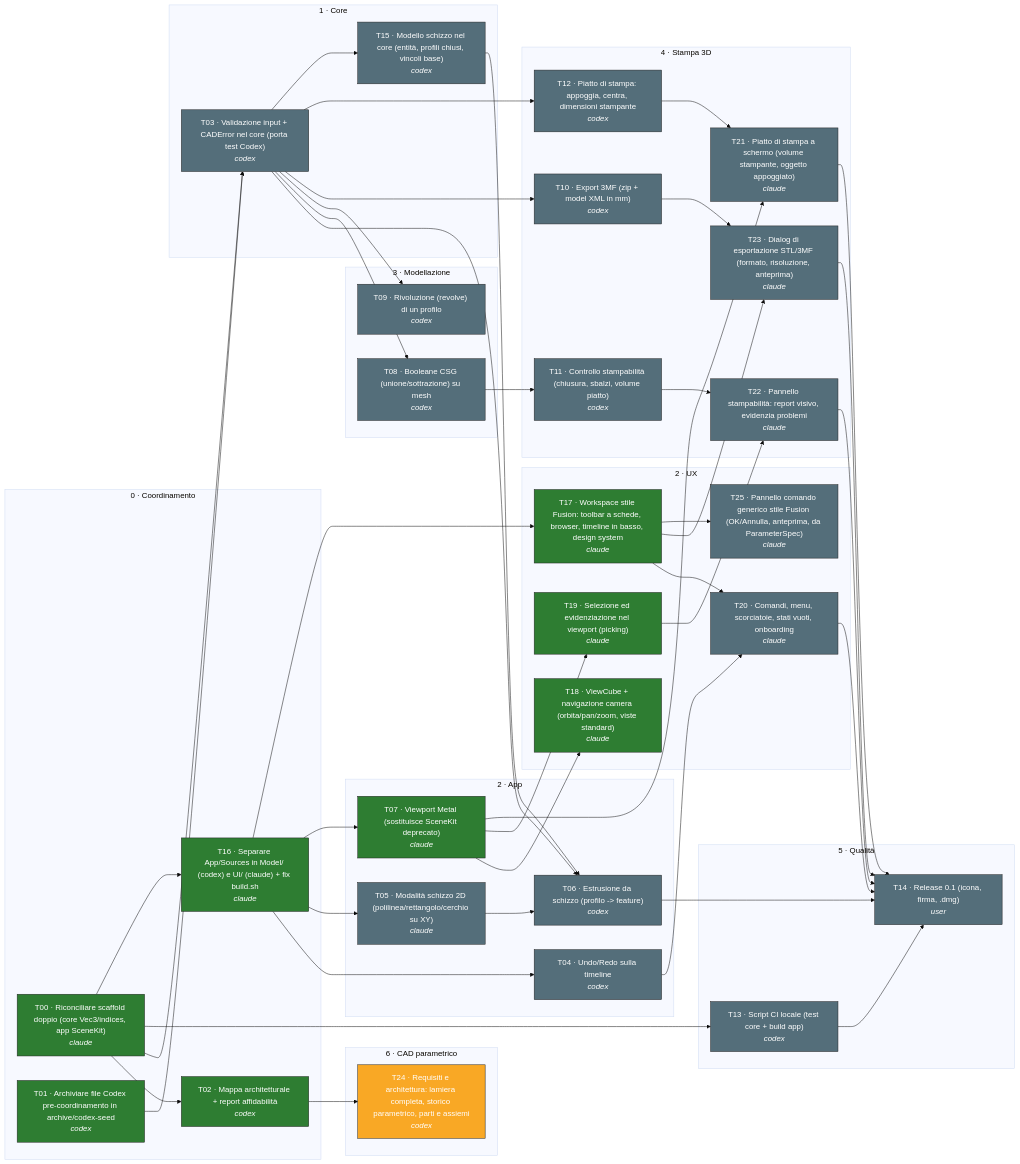
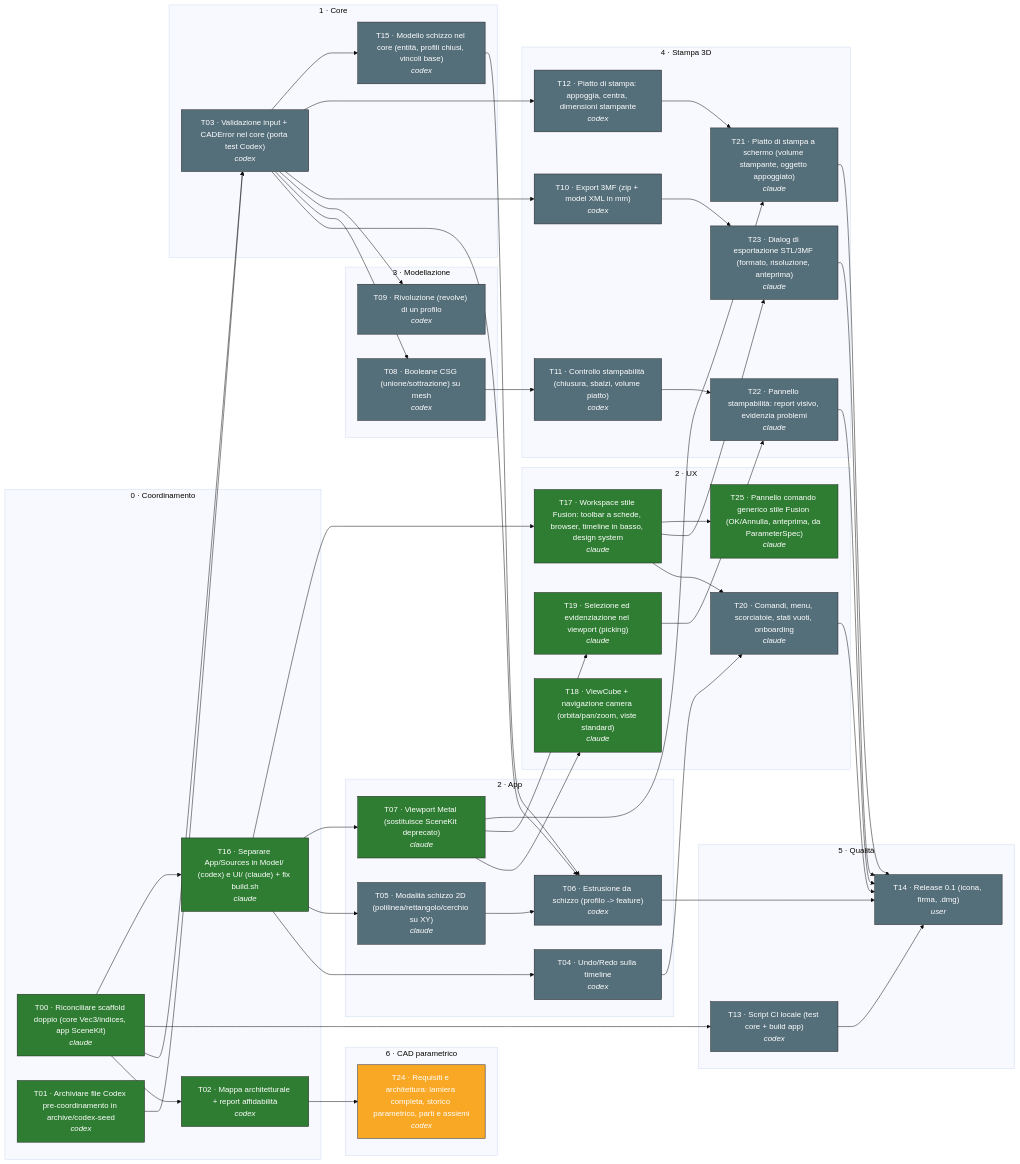
Before and after one commit to t4k3/cad-takeoff: the diagram in docs/graph/GRAPH.md, drawn with Mermaid (base theme). The commit also changed other lines of this file and 11 other files, not shown here.

Commit message:
[T25] Pannello comando generico con anteprima dal vivo e Modifica feature

```diff
--- a/docs/graph/GRAPH.md
+++ b/docs/graph/GRAPH.md
@@ -43,7 +43,7 @@
     T18["T18 · ViewCube + navigazione camera (orbita/pan/zoom, viste standard)<br/><i>claude</i>"]:::done
     T19["T19 · Selezione ed evidenziazione nel viewport (picking)<br/><i>claude</i>"]:::done
     T20["T20 · Comandi, menu, scorciatoie, stati vuoti, onboarding<br/><i>claude</i>"]:::todo
-    T25["T25 · Pannello comando generico stile Fusion (OK/Annulla, anteprima, da ParameterSpec)<br/><i>claude</i>"]:::todo
+    T25["T25 · Pannello comando generico stile Fusion (OK/Annulla, anteprima, da ParameterSpec)<br/><i>claude</i>"]:::done
   end
   subgraph P7["6 · CAD parametrico"]
     T24["T24 · Requisiti e architettura: lamiera completa, storico parametrico, parti e assiemi<br/><i>codex</i>"]:::in_progress
```
